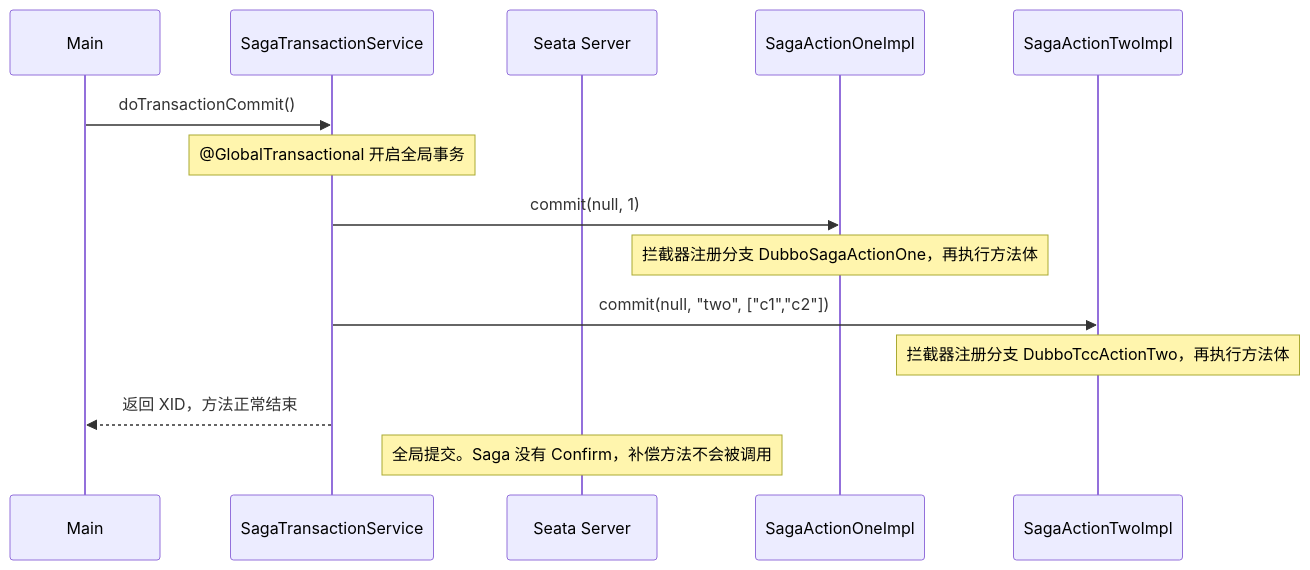
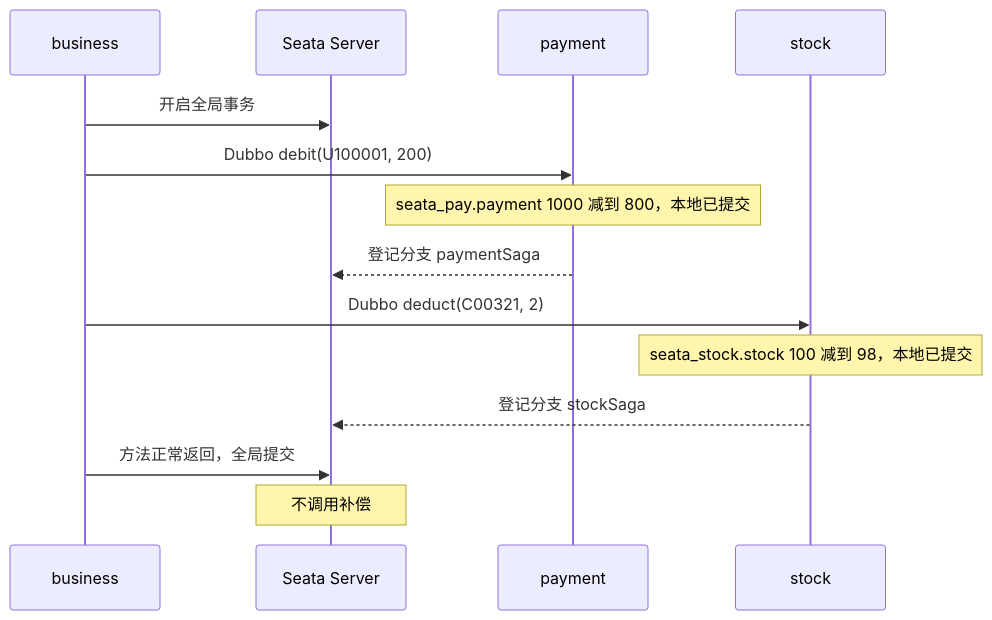
The diagram in saga-annotation-sample/README.md (fanqingsong/incubator-seata-samples), drawn with Mermaid before and after one commit. The commit also changed other lines of this file and 40 other files, not shown here.

First line of the commit message:
Split saga-annotation-sample into Dubbo payment and stock services.

````diff
--- a/saga-annotation-sample/README.md
+++ b/saga-annotation-sample/README.md
@@ -37,17 +46,17 @@
 ```mermaid
 sequenceDiagram
-    participant Main
-    participant TM as SagaTransactionService
+    participant Biz as business
     participant TC as Seata Server
-    participant One as SagaActionOneImpl
-    participant Two as SagaActionTwoImpl
+    participant Pay as payment
+    participant Stock as stock
 
-    Main->>TM: doTransactionCommit()
-    Note over TM: @GlobalTransactional 开启全局事务
-    TM->>One: commit(null, 1)
-    Note over One: 拦截器注册分支 DubboSagaActionOne，再执行方法体
-    TM->>Two: commit(null, "two", ["c1","c2"])
-    Note over Two: 拦截器注册分支 DubboTccActionTwo，再执行方法体
-    TM-->>Main: 返回 XID，方法正常结束
-    Note over TC: 全局提交。Saga 没有 Confirm，补偿方法不会被调用
+    Biz->>TC: 开启全局事务
+    Biz->>Pay: Dubbo debit(U100001, 200)
+    Note over Pay: seata_pay.payment 1000 减到 800，本地已提交
+    Pay-->>TC: 登记分支 paymentSaga
+    Biz->>Stock: Dubbo deduct(C00321, 2)
+    Note over Stock: seata_stock.stock 100 减到 98，本地已提交
+    Stock-->>TC: 登记分支 stockSaga
+    Biz->>TC: 方法正常返回，全局提交
+    Note over TC: 不调用补偿
 ```
````
